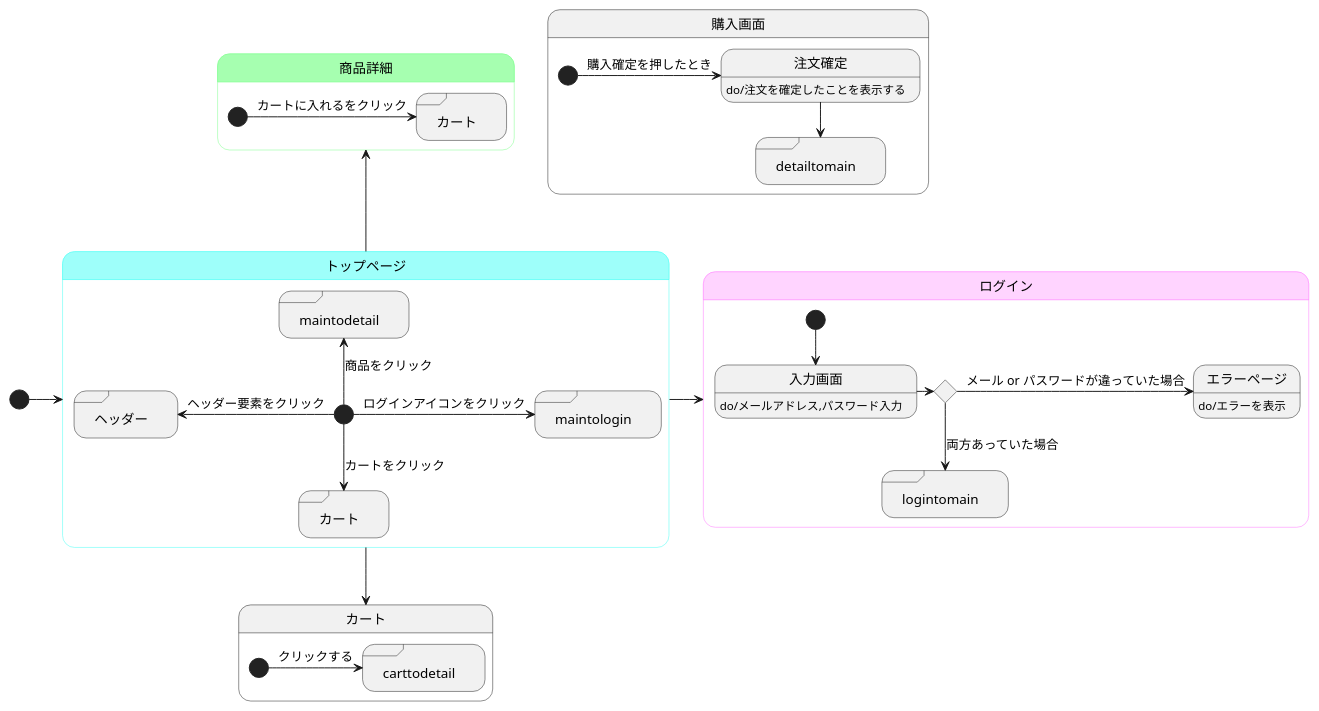
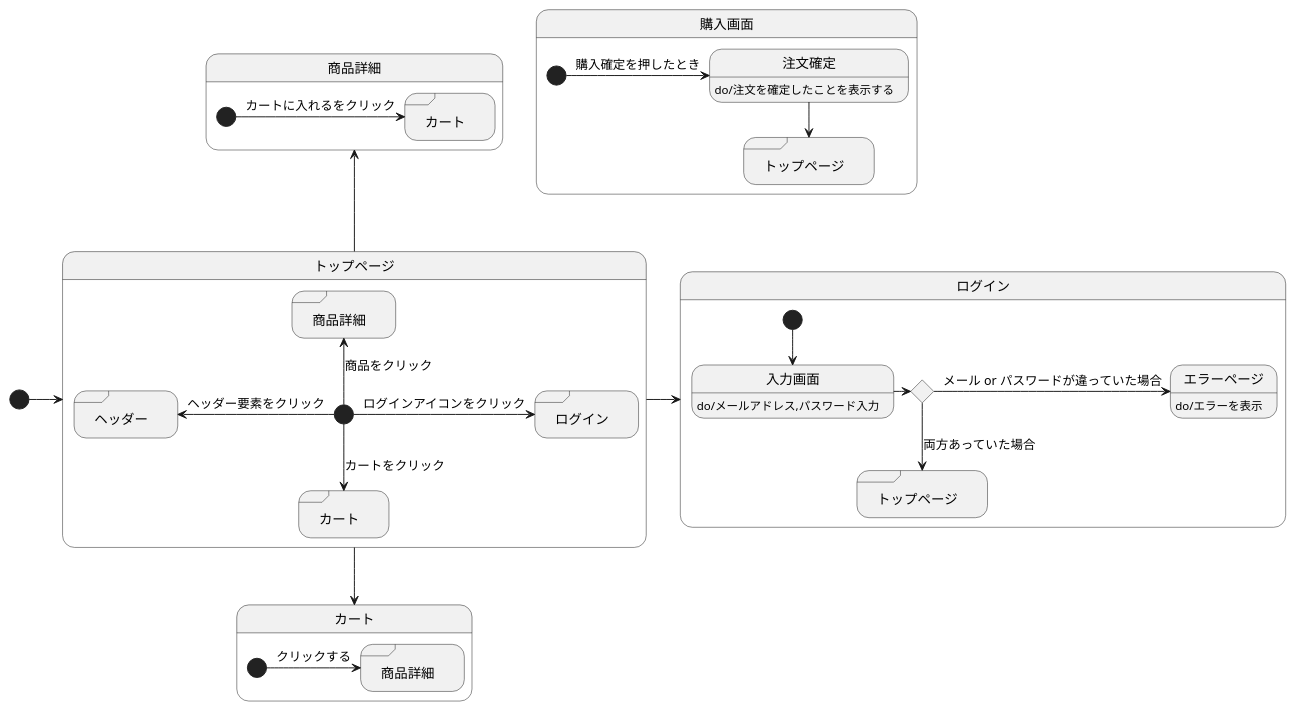
One commit to akutori/T-D-E changed the diagram in UML.md. Above: the diagram before and after it, drawn with PlantUML. The commit also changed 1 other file, not shown here.

Commit message:
俯瞰図として本格的に作成 目標としては定義済み処理を実装していくか

````diff
--- a/UML.md
+++ b/UML.md
@@ -1,73 +1,54 @@
 ```uml
 @startuml
 
 [*]->トップページ
 トップページ->ログイン
 トップページ-->カート
 トップページ-up->商品詳細
 
 state トップページ<<mainpage>>{
 state "ログイン" as maintologin <<sdlreceive>>
 state "カート" as maintocart <<sdlreceive>>
 state "商品詳細" as maintodetail <<sdlreceive>>
 state "ヘッダー" as headder <<sdlreceive>>
     [*]-> maintologin :ログインアイコンをクリック
     [*]--> maintocart :カートをクリック
     [*]-up-> maintodetail :商品をクリック
     [*]-left-> headder :ヘッダー要素をクリック
 }
 
 state ログイン<<login>>{
 state input <<choice>>
 state "トップページ" as logintomain<<sdlreceive>>
 
 入力画面:do/メールアドレス,パスワード入力
 エラーページ:do/エラーを表示
     [*]--> 入力画面
     入力画面->input
     input->エラーページ:メール or パスワードが違っていた場合
     input-->logintomain : 両方あっていた場合
 
 }
 
 state 購入画面{
 state "トップページ" as detailtomain<<sdlreceive>>
 注文確定:do/注文を確定したことを表示する
     [*]->注文確定 :購入確定を押したとき
     注文確定-->detailtomain
 }
 
 
 state カート{
 state "商品詳細" as carttodetail <<sdlreceive>>
 
     [*]->carttodetail :クリックする
 }
 
 state 商品詳細<<detail>>{
 state "カート" as detailtocart <<sdlreceive>>
 
     [*]->detailtocart :カートに入れるをクリック
 }
 
-
-
-' トップページカラー
-skinparam stateBorderColor<<mainpage>> #40fff5
-state トップページ #9efffa
-state detailtomain #9efffa
-state logintomain #9efffa
-
-' ログインカラー
-skinparam stateBorderColor<<login>> #ff73ff
-state ログイン #ffd4ff
-state maintologin #ffd4ff
-
-' 商品詳細カラー
-skinparam stateBorderColor<<detail>> #78ff88
-state 商品詳細 #a6ffb0
-state carttodetail #a6ffb0
-state maintodetail #a6ffb0
-
 @enduml
 ```
````
